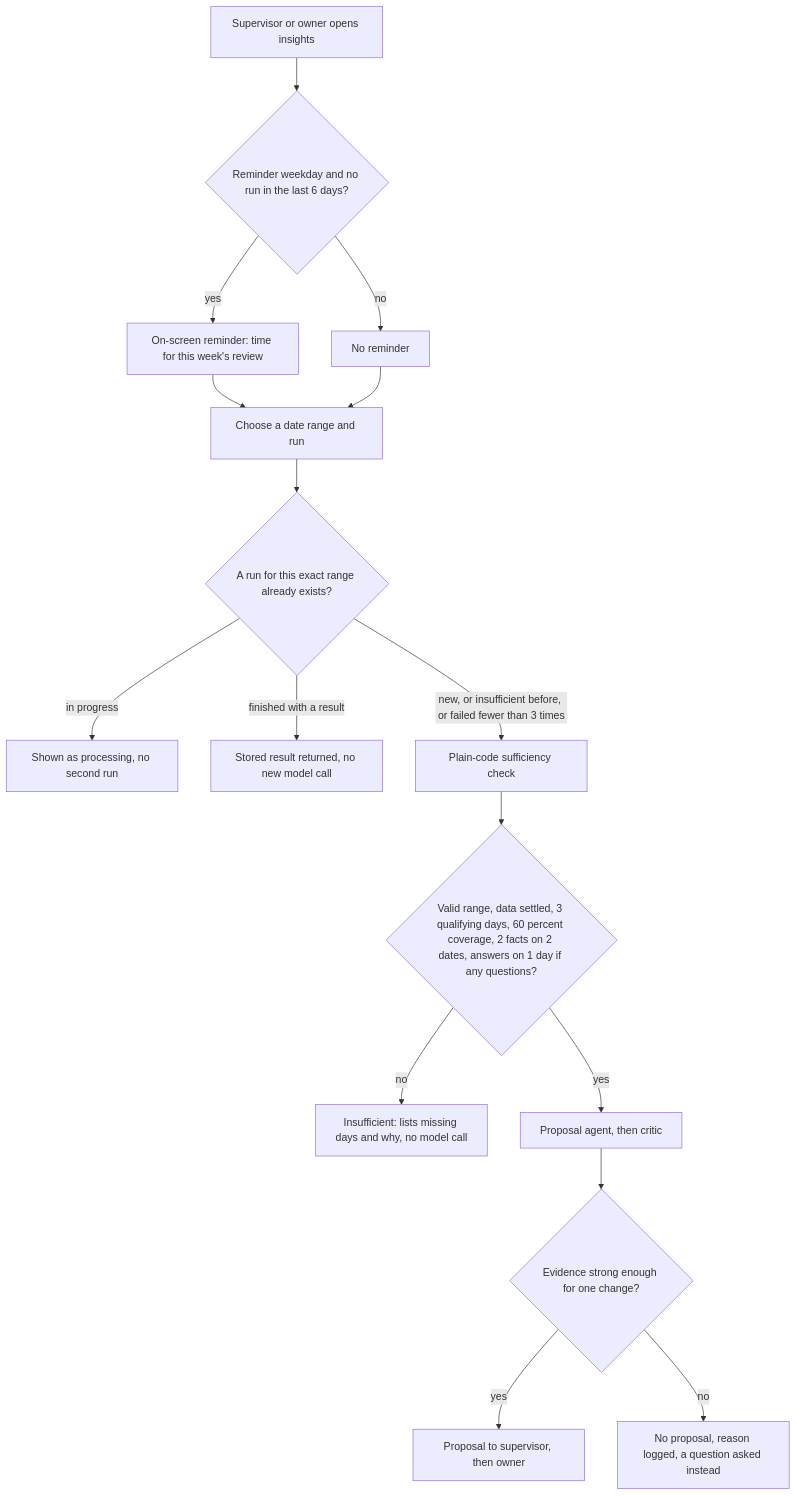
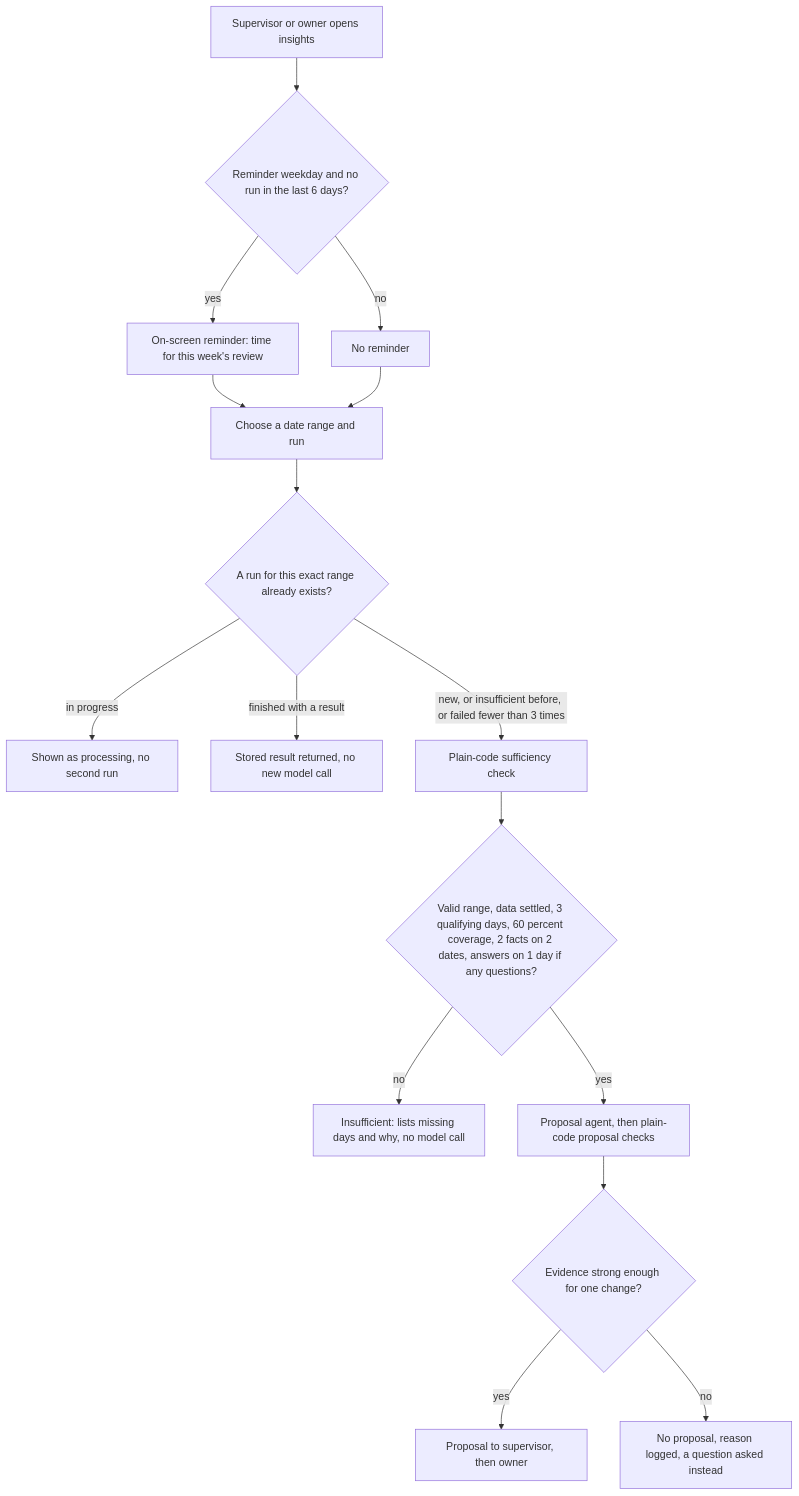
Before and after one commit to ranggabagas30/bee6: the tenth of 12 diagrams in docs/specs/technical-specification.md, drawn with Mermaid. The commit also changed other lines of this file and 5 other files, not shown here.

First line of the commit message:
docs: bring the technical specification, architecture and specs up to date (18 Oct)

````diff
--- a/docs/specs/technical-specification.md
+++ b/docs/specs/technical-specification.md
@@ -748,18 +763,18 @@
 ```mermaid
 flowchart TD
     H1["Supervisor or owner opens insights"] --> H2{"Reminder weekday and no run in the last 6 days?"}
     H2 -->|yes| H3["On-screen reminder: time for this week's review"]
     H2 -->|no| H4["No reminder"]
     H3 --> H5["Choose a date range and run"]
     H4 --> H5
     H5 --> H6{"A run for this exact range already exists?"}
     H6 -->|"in progress"| H7["Shown as processing, no second run"]
     H6 -->|"finished with a result"| H8["Stored result returned, no new model call"]
     H6 -->|"new, or insufficient before, or failed fewer than 3 times"| H9["Plain-code sufficiency check"]
     H9 --> H10{"Valid range, data settled, 3 qualifying days, 60 percent coverage, 2 facts on 2 dates, answers on 1 day if any questions?"}
     H10 -->|no| H11["Insufficient: lists missing days and why, no model call"]
-    H10 -->|yes| H12["Proposal agent, then critic"]
+    H10 -->|yes| H12["Proposal agent, then plain-code proposal checks"]
     H12 --> H13{"Evidence strong enough for one change?"}
     H13 -->|yes| H14["Proposal to supervisor, then owner"]
     H13 -->|no| H15["No proposal, reason logged, a question asked instead"]
 ```
````
